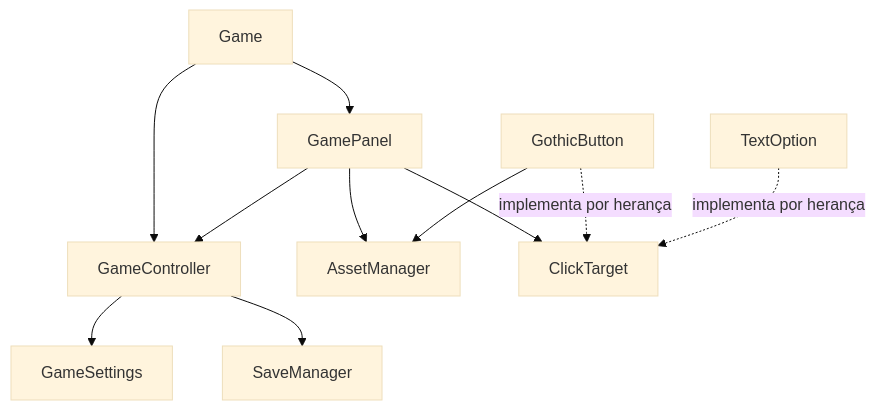
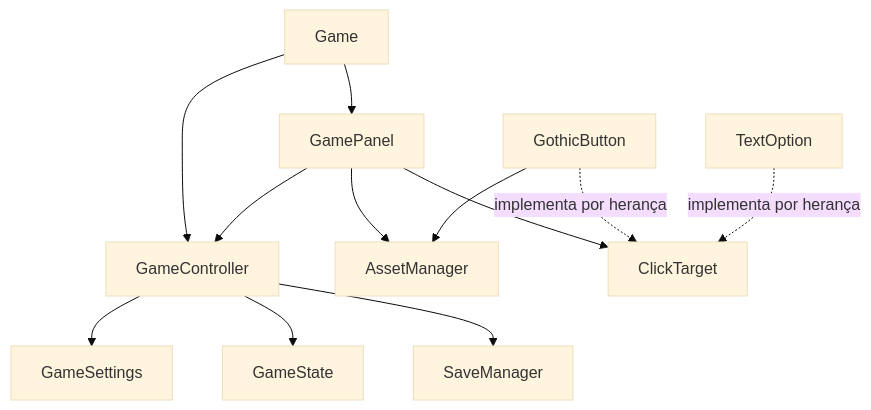
Before and after one commit to FelipeNRamalho/a-biblioteca-das-almas-java: the first of 2 diagrams in docs/arquitetura-e-poo.md, drawn with Mermaid (base theme). The commit also changed other lines of this file and 8 other files, not shown here.

````diff
--- a/docs/arquitetura-e-poo.md
+++ b/docs/arquitetura-e-poo.md
@@ -33,13 +34,14 @@
 ```mermaid
 flowchart TD
     Game --> GameController
     Game --> GamePanel
     GamePanel --> GameController
     GameController --> GameSettings
+    GameController --> GameState
     GameController --> SaveManager
     GamePanel --> AssetManager
     GamePanel --> ClickTarget
     GothicButton -. implementa por herança .-> ClickTarget
     TextOption -. implementa por herança .-> ClickTarget
     GothicButton --> AssetManager
 ```
````
